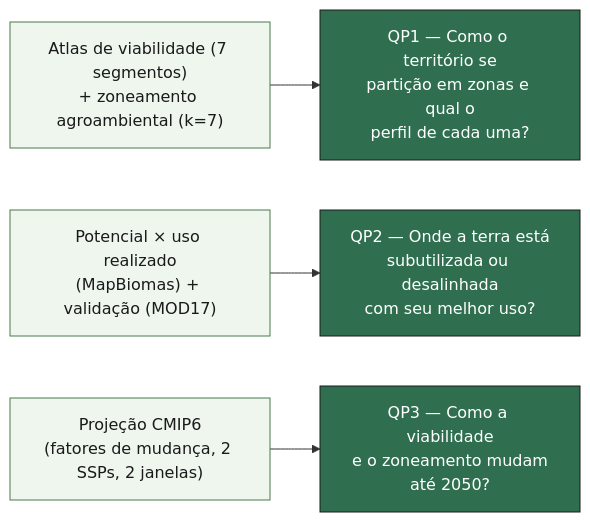
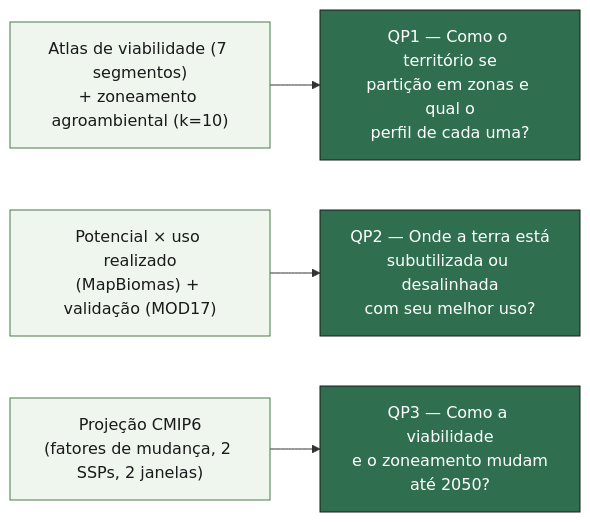
One commit to ahxsahxs/goias_suitability changed the third of 3 diagrams in docs/metodologia_diagrama.md. Above: the diagram before and after it, drawn with Mermaid. The commit also changed other lines of this file and 4 other files, not shown here.

````diff
--- a/docs/metodologia_diagrama.md
+++ b/docs/metodologia_diagrama.md
@@ -133,11 +134,11 @@
 ```mermaid
 flowchart LR
-    M1["Atlas de viabilidade (7 segmentos)<br/>+ zoneamento agroambiental (k=7)"] --> Q1["QP1 — Como o território se<br/>partição em zonas e qual o<br/>perfil de cada uma?"]
+    M1["Atlas de viabilidade (7 segmentos)<br/>+ zoneamento agroambiental (k=10)"] --> Q1["QP1 — Como o território se<br/>partição em zonas e qual o<br/>perfil de cada uma?"]
     M2["Potencial × uso realizado<br/>(MapBiomas) + validação (MOD17)"] --> Q2["QP2 — Onde a terra está<br/>subutilizada ou desalinhada<br/>com seu melhor uso?"]
     M3["Projeção CMIP6<br/>(fatores de mudança, 2 SSPs, 2 janelas)"] --> Q3["QP3 — Como a viabilidade<br/>e o zoneamento mudam<br/>até 2050?"]
 
     classDef method fill:#eef6ee,stroke:#4a7a4a,color:#1a1a1a;
     classDef rq fill:#2f6f4f,stroke:#1a1a1a,color:#ffffff;
     class M1,M2,M3 method;
     class Q1,Q2,Q3 rq;
 ```
````
